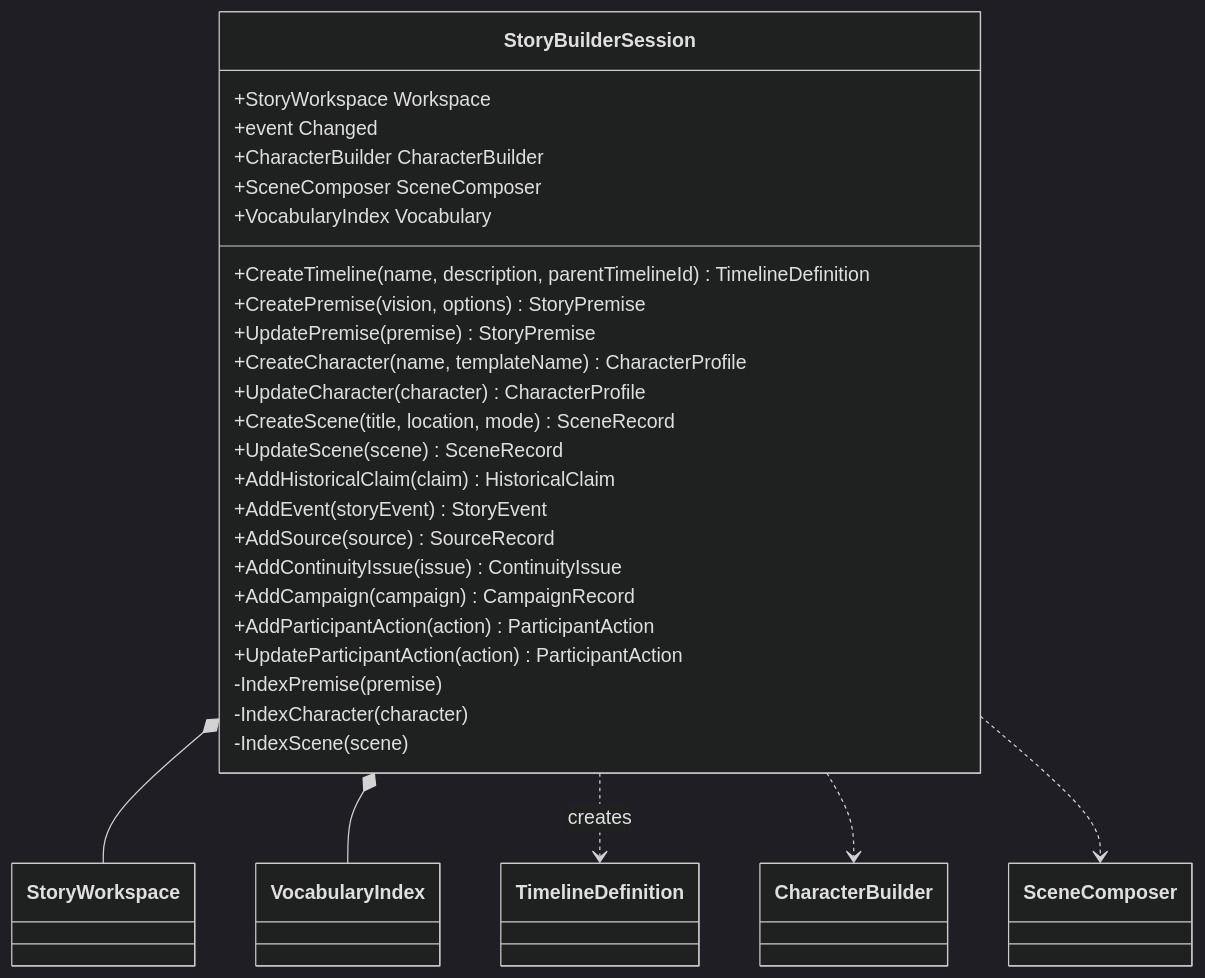
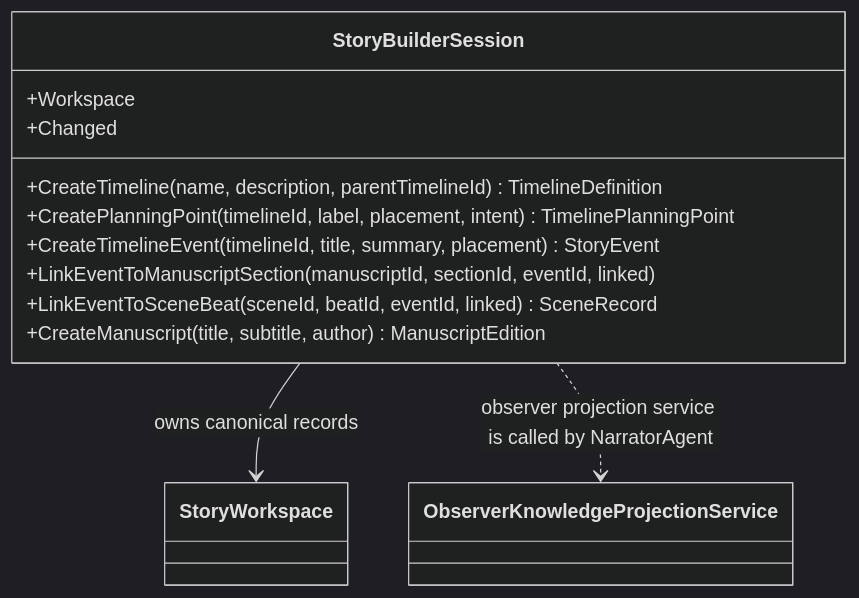
The diagram in docs/UML/StoryBuilderSessionUML.md (TrentBest/StoryBuilder), drawn with Mermaid (dark theme) before and after one commit. The commit also changed other lines of this file and 10 other files, not shown here.

Commit message:
Persist event links on individual scene beats

````diff
--- a/docs/UML/StoryBuilderSessionUML.md
+++ b/docs/UML/StoryBuilderSessionUML.md
@@ -5,32 +3,17 @@
 ```mermaid
 classDiagram
-class StoryBuilderSession {
-  +StoryWorkspace Workspace
-  +event Changed
-  +CharacterBuilder CharacterBuilder
-  +SceneComposer SceneComposer
-  +VocabularyIndex Vocabulary
-  +CreateTimeline(name, description, parentTimelineId) TimelineDefinition
-  +CreatePremise(vision, options) StoryPremise
-  +UpdatePremise(premise) StoryPremise
-  +CreateCharacter(name, templateName) CharacterProfile
-  +UpdateCharacter(character) CharacterProfile
-  +CreateScene(title, location, mode) SceneRecord
-  +UpdateScene(scene) SceneRecord
-  +AddHistoricalClaim(claim) HistoricalClaim
-  +AddEvent(storyEvent) StoryEvent
-  +AddSource(source) SourceRecord
-  +AddContinuityIssue(issue) ContinuityIssue
-  +AddCampaign(campaign) CampaignRecord
-  +AddParticipantAction(action) ParticipantAction
-  +UpdateParticipantAction(action) ParticipantAction
-  -IndexPremise(premise)
-  -IndexCharacter(character)
-  -IndexScene(scene)
-}
-StoryBuilderSession *-- StoryWorkspace
-StoryBuilderSession *-- VocabularyIndex
-StoryBuilderSession ..> TimelineDefinition : creates
-StoryBuilderSession ..> CharacterBuilder
-StoryBuilderSession ..> SceneComposer
+    class StoryBuilderSession {
+        +Workspace
+        +CreateTimeline(name, description, parentTimelineId) TimelineDefinition
+        +CreatePlanningPoint(timelineId, label, placement, intent) TimelinePlanningPoint
+        +CreateTimelineEvent(timelineId, title, summary, placement) StoryEvent
+        +LinkEventToManuscriptSection(manuscriptId, sectionId, eventId, linked)
+        +LinkEventToSceneBeat(sceneId, beatId, eventId, linked) SceneRecord
+        +CreateManuscript(title, subtitle, author) ManuscriptEdition
+        +Changed
+    }
+    class StoryWorkspace
+    class ObserverKnowledgeProjectionService
+    StoryBuilderSession --> StoryWorkspace : owns canonical records
+    StoryBuilderSession ..> ObserverKnowledgeProjectionService : observer projection service is called by NarratorAgent
 ```
````
